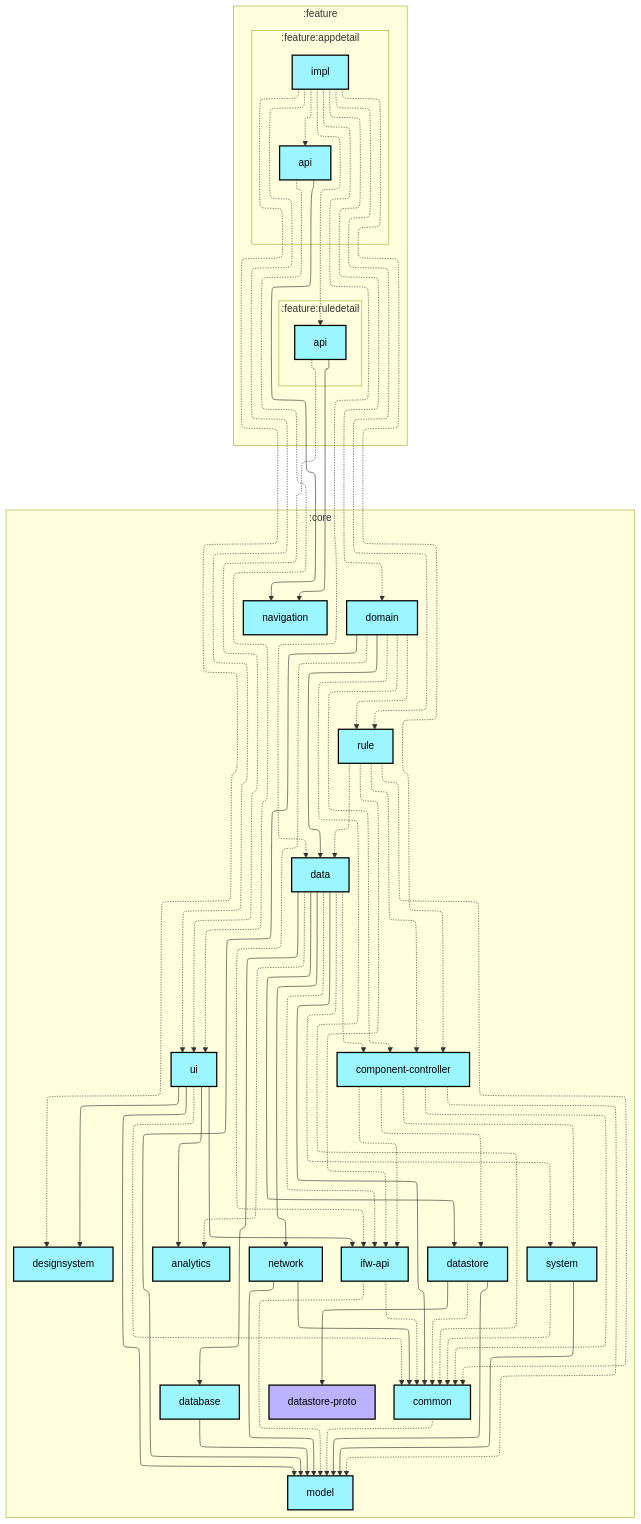
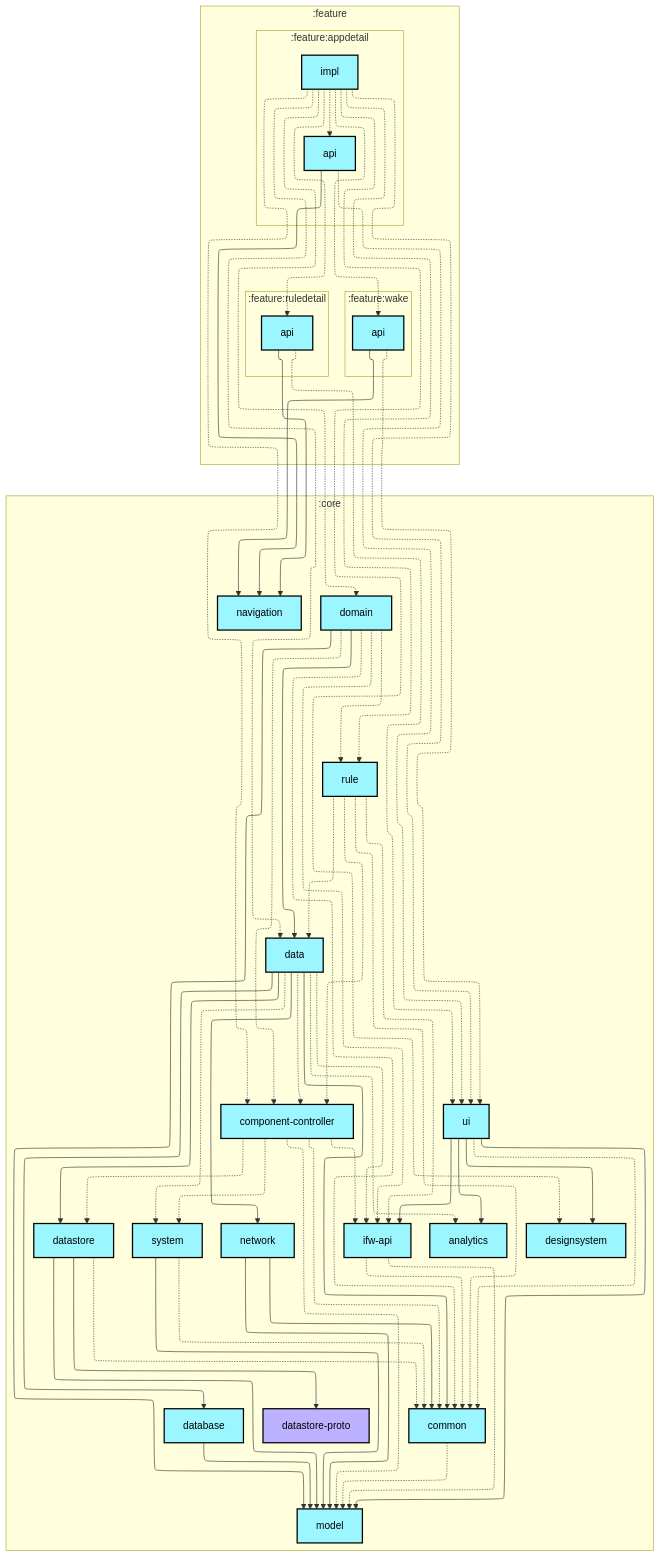
Before and after one commit to lihenggui/blocker: the first of 2 diagrams in feature/appdetail/impl/README.md, drawn with Mermaid. The commit also changed 2 other files, not shown here.

Commit message:
🤖 Updates graphs

```diff
--- a/feature/appdetail/impl/README.md
+++ b/feature/appdetail/impl/README.md
@@ -21,6 +21,10 @@
     subgraph :feature:ruledetail
       direction TB
       :feature:ruledetail:api[api]:::android-library
+    end
+    subgraph :feature:wake
+      direction TB
+      :feature:wake:api[api]:::android-library
     end
   end
   subgraph :core
@@ -92,8 +96,11 @@
   :feature:appdetail:impl -.-> :core:ui
   :feature:appdetail:impl -.-> :feature:appdetail:api
   :feature:appdetail:impl -.-> :feature:ruledetail:api
+  :feature:appdetail:impl -.-> :feature:wake:api
   :feature:ruledetail:api --> :core:navigation
   :feature:ruledetail:api -.-> :core:ui
+  :feature:wake:api --> :core:navigation
+  :feature:wake:api -.-> :core:ui
 
 classDef android-application fill:#CAFFBF,stroke:#000,stroke-width:2px,color:#000;
 classDef android-feature fill:#FFD6A5,stroke:#000,stroke-width:2px,color:#000;
```
